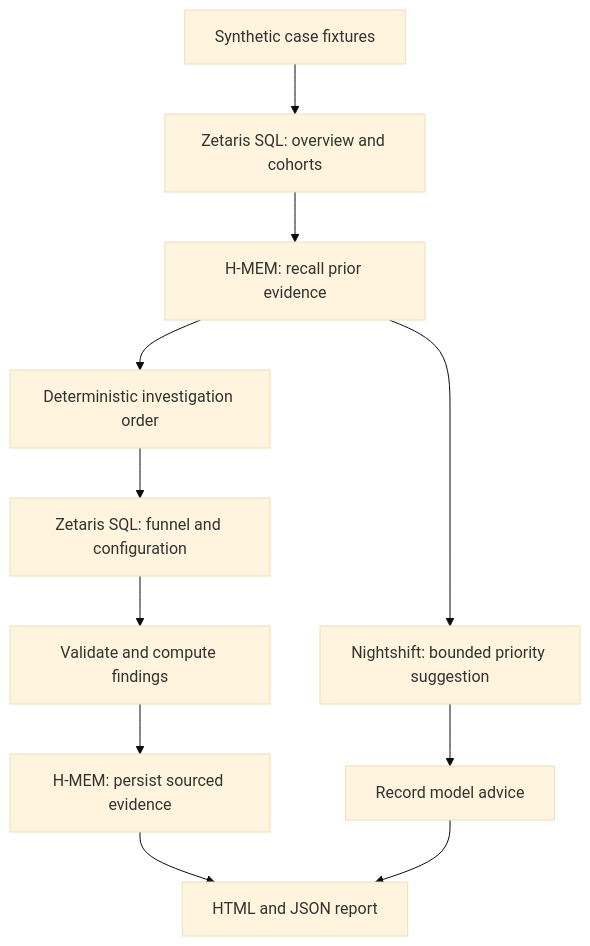
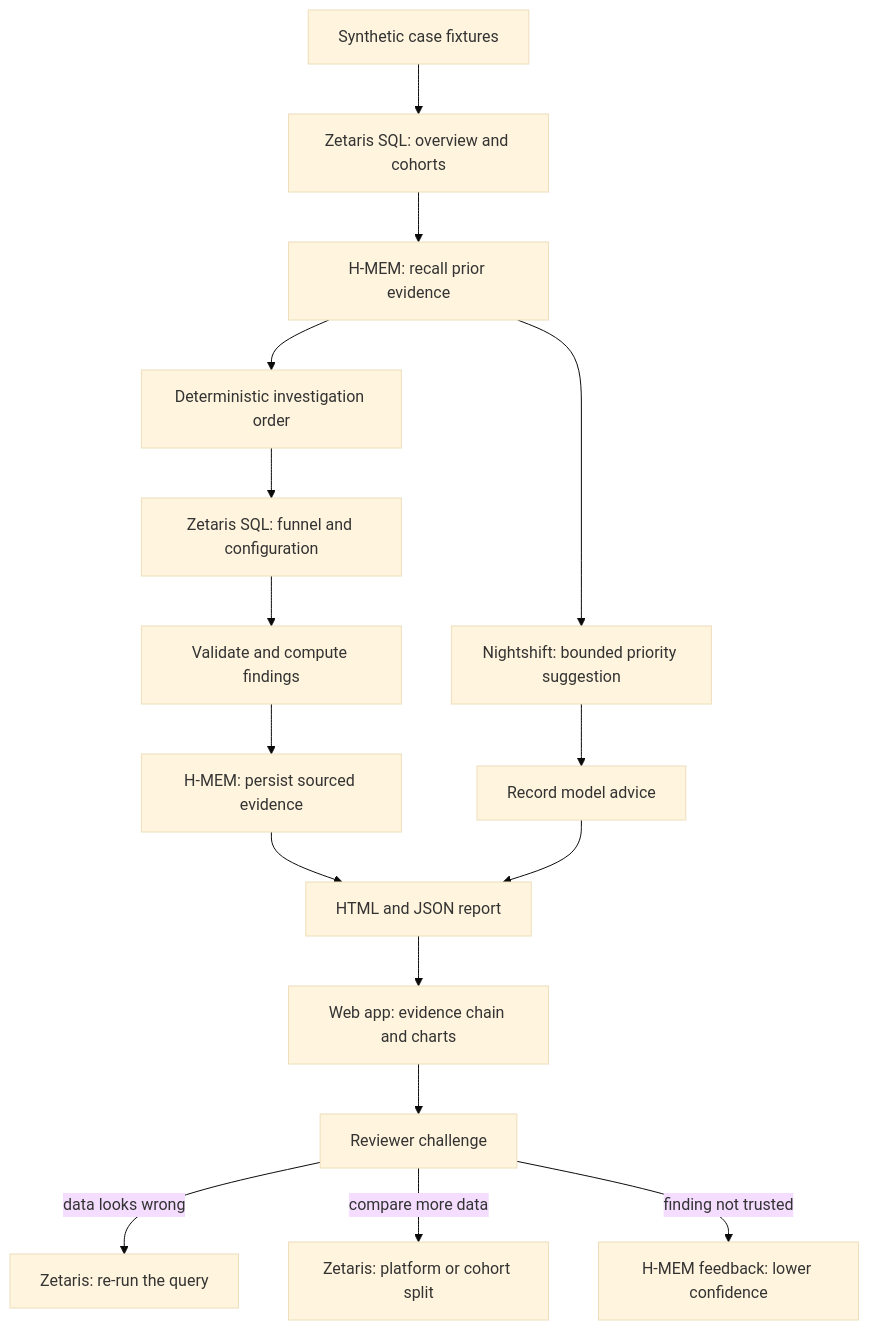
One commit to suzyeth/liveops-investigator changed the diagram in README.md. Above: the diagram before and after it, drawn with Mermaid (base theme). The commit also changed other lines of this file and 13 other files, not shown here.

First line of the commit message:
fix: address web app review; document the app and new video

````diff
--- a/README.md
+++ b/README.md
@@ -31,13 +33,18 @@
 ```mermaid
 flowchart TD
   A[Synthetic case fixtures] --> B[Zetaris SQL: overview and cohorts]
   B --> C[H-MEM: recall prior evidence]
   C --> D[Nightshift: bounded priority suggestion]
   C --> E[Deterministic investigation order]
   D --> F[Record model advice]
   E --> G[Zetaris SQL: funnel and configuration]
   G --> H[Validate and compute findings]
   H --> I[H-MEM: persist sourced evidence]
   I --> J[HTML and JSON report]
   F --> J
+  J --> K[Web app: evidence chain and charts]
+  K --> L[Reviewer challenge]
+  L -->|data looks wrong| B2[Zetaris: re-run the query]
+  L -->|compare more data| B3[Zetaris: platform or cohort split]
+  L -->|finding not trusted| I2[H-MEM feedback: lower confidence]
 ```
````
